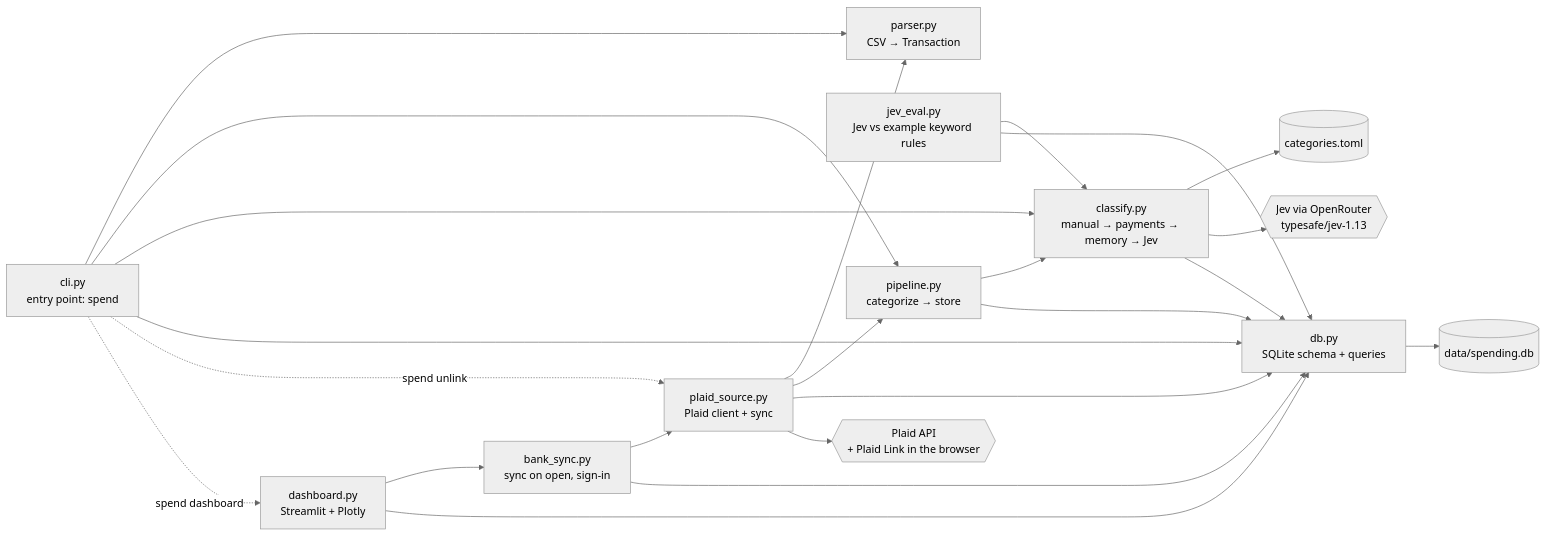
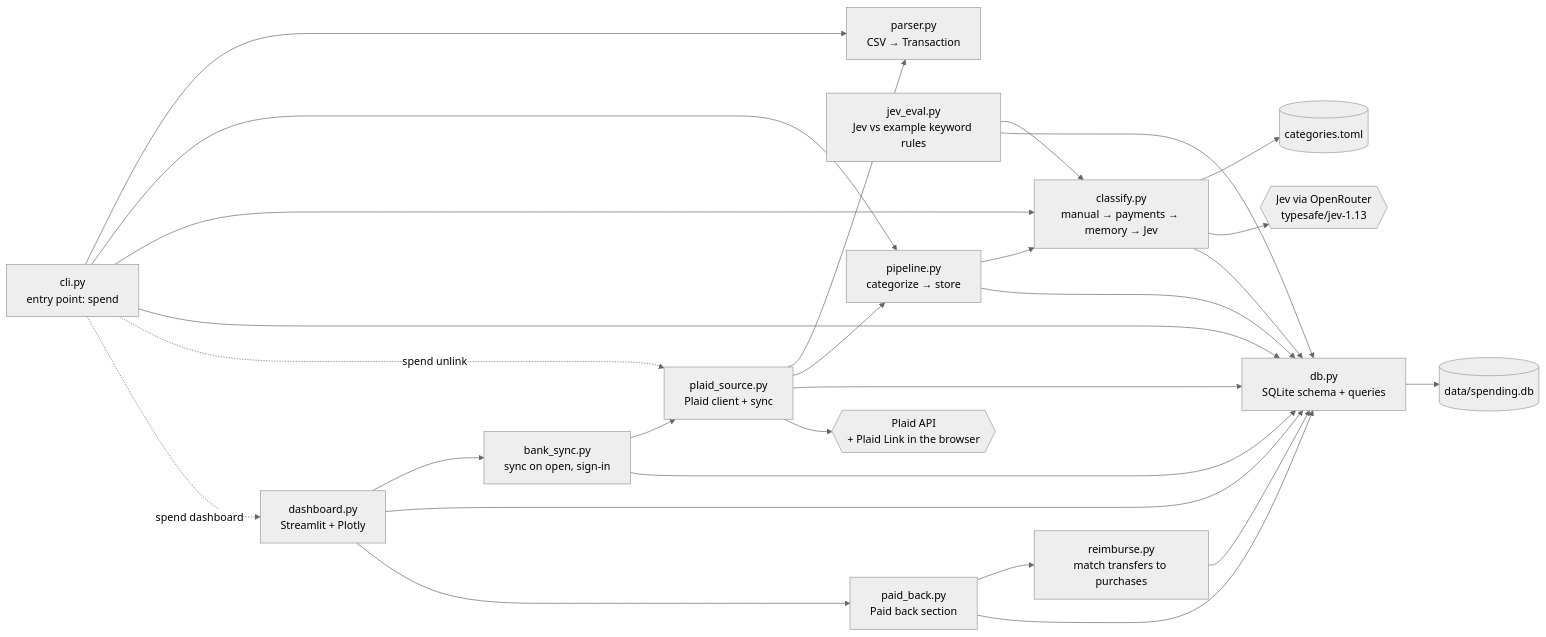
One commit to alessandrofelici/spending-tracker changed the second of 4 diagrams in CONTRIBUTING.md. Above: the diagram before and after it, drawn with Mermaid (neutral theme). The commit also changed other lines of this file and 2 other files, not shown here.

First line of the commit message:
docs: explain paid-back purchases and the checking login

````diff
--- a/CONTRIBUTING.md
+++ b/CONTRIBUTING.md
@@ -126,39 +131,45 @@
 ```mermaid
 flowchart LR
     cli["cli.py<br/>entry point: spend"]
     parser["parser.py<br/>CSV → Transaction"]
     classify["classify.py<br/>manual → payments → memory → Jev"]
     db["db.py<br/>SQLite schema + queries"]
     dash["dashboard.py<br/>Streamlit + Plotly"]
     jeval["jev_eval.py<br/>Jev vs example keyword rules"]
     pipeline["pipeline.py<br/>categorize → store"]
     banksync["bank_sync.py<br/>sync on open, sign-in"]
     plaidsrc["plaid_source.py<br/>Plaid client + sync"]
+    paidback["paid_back.py<br/>Paid back section"]
+    reimb["reimburse.py<br/>match transfers to purchases"]
     toml[("categories.toml")]
     sqlite[("data/spending.db")]
     llm{{"Jev via OpenRouter<br/>typesafe/jev-1.13"}}
     plaid{{"Plaid API<br/>+ Plaid Link in the browser"}}
 
     cli --> parser
     cli --> pipeline
     cli --> classify
     cli --> db
     cli -. "spend unlink" .-> plaidsrc
     cli -. "spend dashboard" .-> dash
     pipeline --> classify
     pipeline --> db
     classify --> toml
     classify --> llm
     classify --> db
     dash --> banksync
     dash --> db
+    dash --> paidback
+    paidback --> reimb
+    paidback --> db
+    reimb --> db
     banksync --> plaidsrc
     banksync --> db
     plaidsrc --> parser
     plaidsrc --> pipeline
     plaidsrc --> db
     plaidsrc --> plaid
     jeval --> classify
     jeval --> db
     db --> sqlite
 ```
````
